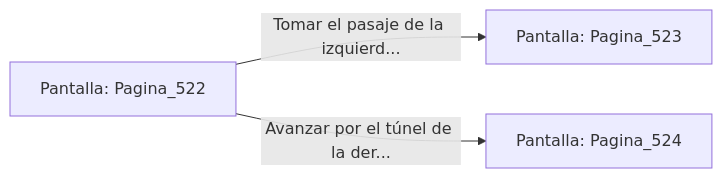
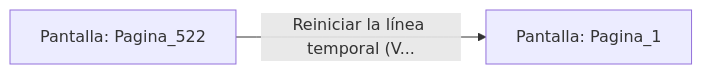
The diagram in sample/eligejuego-vault/Pantalla_Pagina_522.md (metsuke/mpl), drawn with Mermaid before and after one commit. The commit also changed other lines of this file and 635 other files, not shown here.

First line of the commit message:
fix: añadir Pagina_1 como pantalla inicial en capitulo_01.mpl

````diff
--- a/sample/eligejuego-vault/Pantalla_Pagina_522.md
+++ b/sample/eligejuego-vault/Pantalla_Pagina_522.md
@@ -20,6 +17,5 @@
 ```mermaid
 graph LR
     P_Pagina_522["Pantalla: Pagina_522"]
-    P_Pagina_522 -->|"Tomar el pasaje de la izquierd..."| P_Pagina_523["Pantalla: Pagina_523"]
-    P_Pagina_522 -->|"Avanzar por el túnel de la der..."| P_Pagina_524["Pantalla: Pagina_524"]
+    P_Pagina_522 -->|"Reiniciar la línea temporal (V..."| P_Pagina_1["Pantalla: Pagina_1"]
 ```
````
